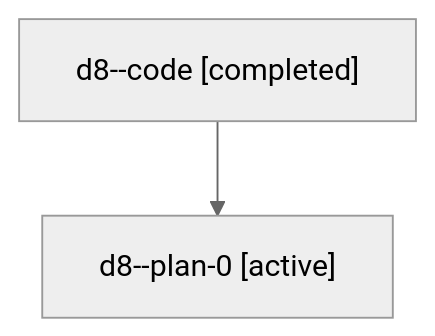
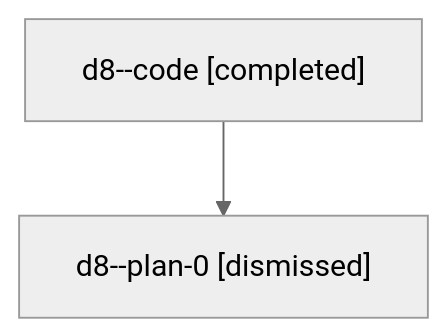
Before and after one commit to sase-org/sase--agents: the diagram in sessions/bbugyi200.athena.d8.md, drawn with Mermaid (neutral theme). The commit also changed other lines of this file and 69 other files, not shown here.

````diff
--- a/sessions/bbugyi200.athena.d8.md
+++ b/sessions/bbugyi200.athena.d8.md
@@ -9,6 +9,6 @@
 ```mermaid
 flowchart TD
   n0["d8--code [completed]"]
-  n1["d8--plan-0 [active]"]
+  n1["d8--plan-0 [dismissed]"]
   n0 --> n1
 ```
````
